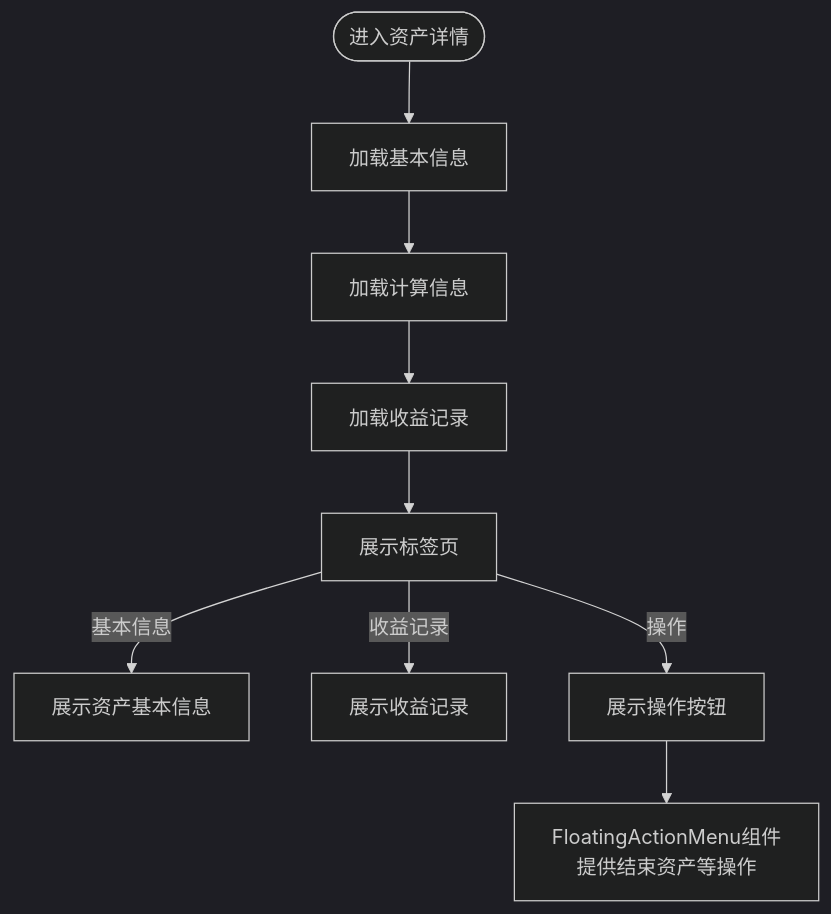
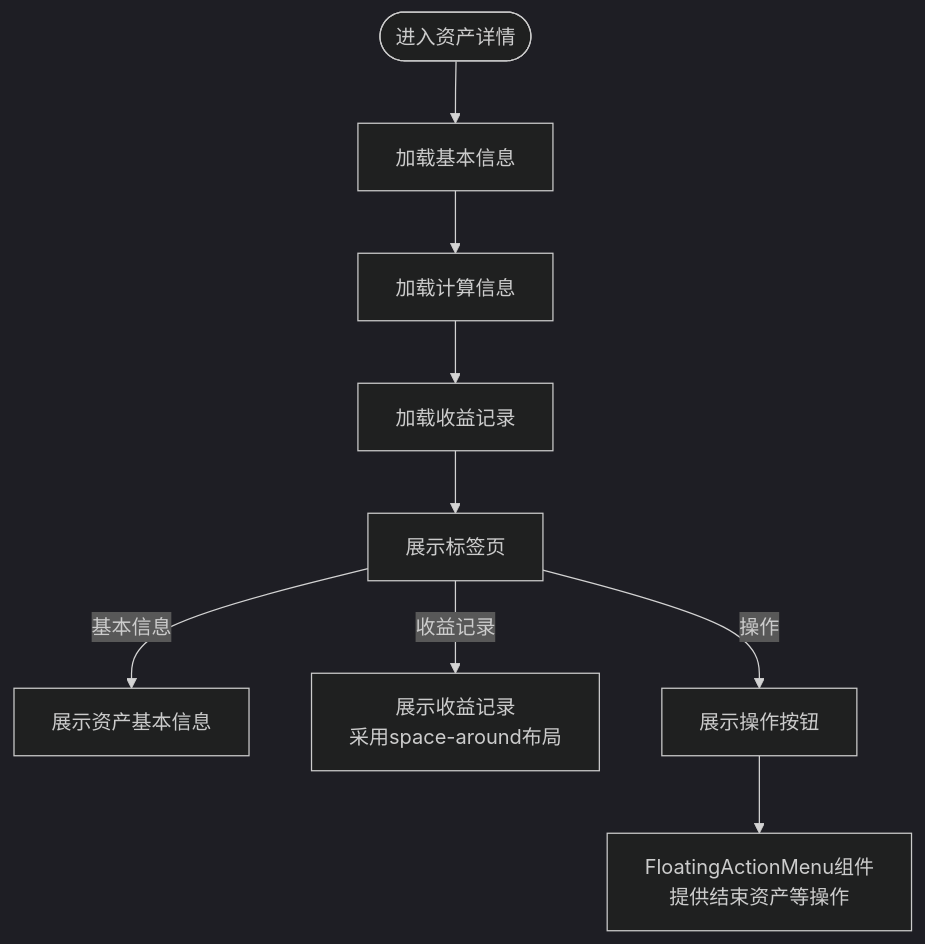
Before and after one commit to xiao-lin-unit/yuan: the eighth of 15 diagrams in .qoder/repowiki/zh/content/资产管理/资产管理.md, drawn with Mermaid (dark theme). The commit also changed other lines of this file and 7 other files, not shown here.

````diff
--- a/.qoder/repowiki/zh/content/资产管理/资产管理.md
+++ b/.qoder/repowiki/zh/content/资产管理/资产管理.md
@@ -354,11 +400,11 @@
 ```mermaid
 flowchart TD
 Enter(["进入资产详情"]) --> LoadBasic["加载基本信息"]
 LoadBasic --> LoadCalc["加载计算信息"]
 LoadCalc --> LoadRecords["加载收益记录"]
 LoadRecords --> ShowTabs["展示标签页"]
 ShowTabs --> |基本信息| BasicInfo["展示资产基本信息"]
-ShowTabs --> |收益记录| IncomeRecords["展示收益记录"]
+ShowTabs --> |收益记录| IncomeRecords["展示收益记录<br/>采用space-around布局"]
 ShowTabs --> |操作| Actions["展示操作按钮"]
 Actions --> FAM["FloatingActionMenu组件<br/>提供结束资产等操作"]
 ```
````
